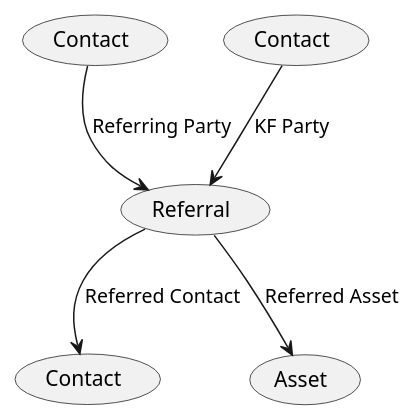
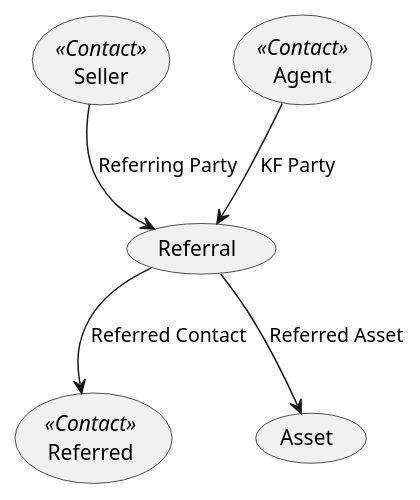
One commit to Kf-GaryNewport/Kf-GaryNewport.github.io changed the diagram in assets/RealEstate/Referral.puml. Above: the diagram before and after it, drawn with PlantUML. The commit also changed 7 other files, not shown here.

```diff
--- a/assets/RealEstate/Referral.puml
+++ b/assets/RealEstate/Referral.puml
@@ -1,13 +1,13 @@
 @startuml Referral
 
-(Contact) as (ClientParty)
-(Contact) as (KfParty)
-(Contact) as (Referred)
+(Seller) << Contact >>
+(Agent) << Contact >>
+(Referred) << Contact >>
 
-(ClientParty) --> (Referral) : Referring Party
-(KfParty) --> (Referral) : KF Party
+(Seller) --> (Referral) : Referring Party
+(Agent) --> (Referral) : KF Party
 (Referral) --> (Asset) : Referred Asset
 (Referral) --> (Referred) : Referred Contact
 
 
 @enduml
```
